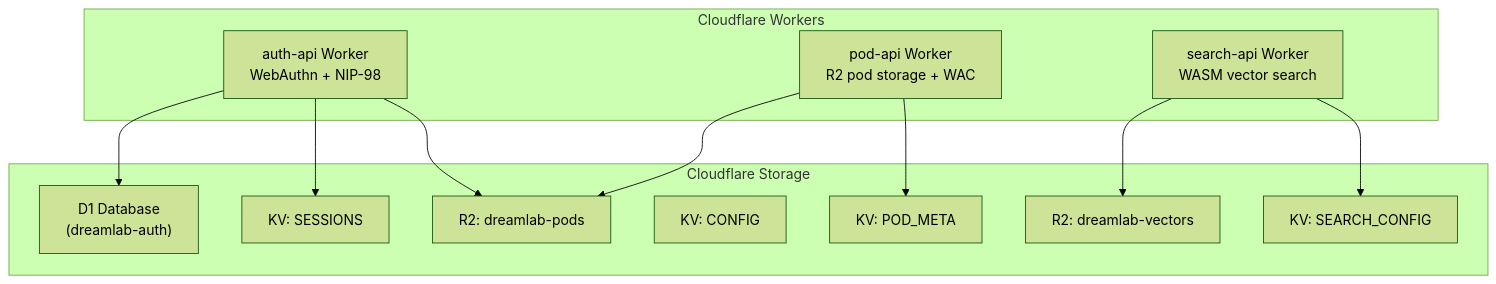
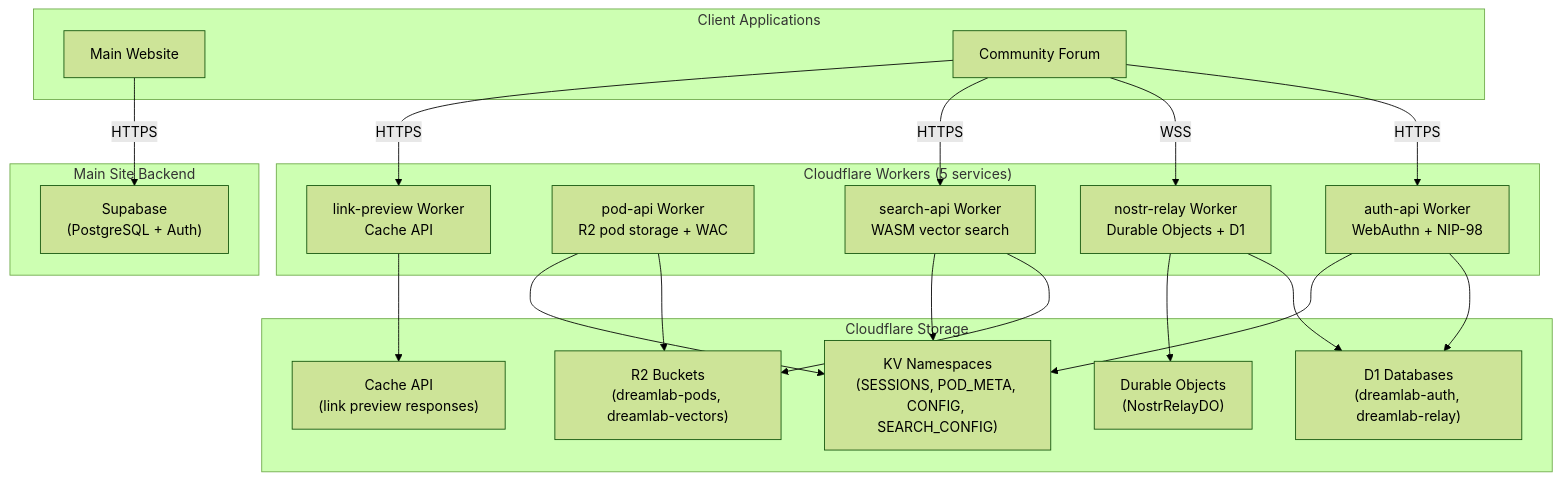
Before and after one commit to DreamLab-AI/dreamlab-ai-website: the first of 2 diagrams in docs/architecture/BACKEND_SERVICES.md, drawn with Mermaid (forest theme). The commit also changed other lines of this file and 36 other files, not shown here.

First line of the commit message:
Update 37 docs files: remove GCP references, reflect Cloudflare Workers architecture

````diff
--- a/docs/architecture/BACKEND_SERVICES.md
+++ b/docs/architecture/BACKEND_SERVICES.md
@@ -63,26 +21,42 @@
 ```mermaid
 graph TB
-    subgraph CF["Cloudflare Workers"]
+    subgraph Main["Main Site Backend"]
+        Supabase["Supabase<br/>(PostgreSQL + Auth)"]
+    end
+
+    subgraph CF["Cloudflare Workers (5 services)"]
         CFAuth["auth-api Worker<br/>WebAuthn + NIP-98"]
         CFPod["pod-api Worker<br/>R2 pod storage + WAC"]
         CFSearch["search-api Worker<br/>WASM vector search"]
+        CFRelay["nostr-relay Worker<br/>Durable Objects + D1"]
+        CFLink["link-preview Worker<br/>Cache API"]
     end
 
     subgraph CFStorage["Cloudflare Storage"]
-        D1["D1 Database<br/>(dreamlab-auth)"]
-        KV1["KV: SESSIONS"]
-        KV2["KV: POD_META"]
-        KV3["KV: CONFIG"]
-        KV4["KV: SEARCH_CONFIG"]
-        R2Pods["R2: dreamlab-pods"]
-        R2Vectors["R2: dreamlab-vectors"]
+        D1["D1 Databases<br/>(dreamlab-auth, dreamlab-relay)"]
+        KV["KV Namespaces<br/>(SESSIONS, POD_META, CONFIG, SEARCH_CONFIG)"]
+        R2["R2 Buckets<br/>(dreamlab-pods, dreamlab-vectors)"]
+        DO["Durable Objects<br/>(NostrRelayDO)"]
+        Cache["Cache API<br/>(link preview responses)"]
     end
 
+    subgraph Clients["Client Applications"]
+        MainSite["Main Website"]
+        ForumApp["Community Forum"]
+    end
+
+    MainSite -->|HTTPS| Supabase
+    ForumApp -->|HTTPS| CFAuth
+    ForumApp -->|WSS| CFRelay
+    ForumApp -->|HTTPS| CFSearch
+    ForumApp -->|HTTPS| CFLink
     CFAuth --> D1
-    CFAuth --> KV1
-    CFAuth --> R2Pods
-    CFPod --> R2Pods
-    CFPod --> KV2
-    CFSearch --> R2Vectors
-    CFSearch --> KV4
+    CFAuth --> KV
+    CFPod --> R2
+    CFPod --> KV
+    CFSearch --> R2
+    CFSearch --> KV
+    CFRelay --> D1
+    CFRelay --> DO
+    CFLink --> Cache
 ```
````
